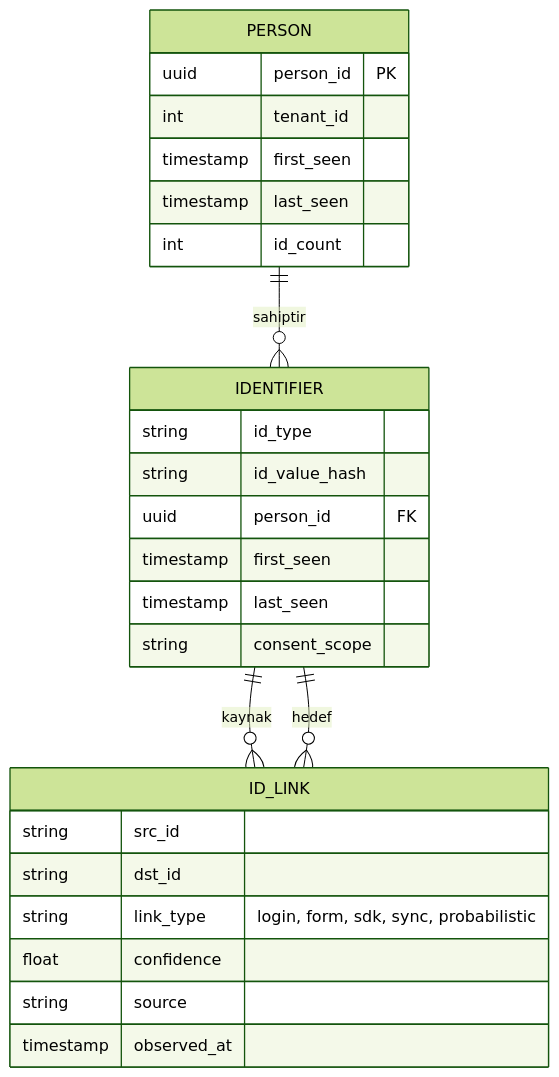
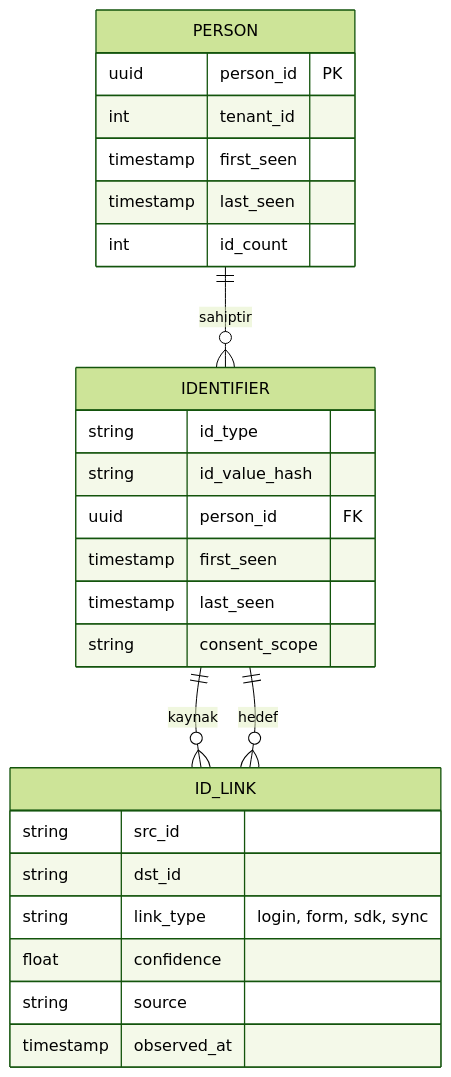
One commit to ugrs2/ugrs2 changed the second of 2 diagrams in docs/adtech-platform/03-dmp.md. Above: the diagram before and after it, drawn with Mermaid (forest theme). The commit also changed other lines of this file and 10 other files, not shown here.

````diff
--- a/docs/adtech-platform/03-dmp.md
+++ b/docs/adtech-platform/03-dmp.md
@@ -103,29 +104,29 @@
 ```mermaid
 erDiagram
     PERSON ||--o{ IDENTIFIER : "sahiptir"
     IDENTIFIER ||--o{ ID_LINK : "kaynak"
     IDENTIFIER ||--o{ ID_LINK : "hedef"
     PERSON {
         uuid person_id PK
         int tenant_id
         timestamp first_seen
         timestamp last_seen
         int id_count
     }
     IDENTIFIER {
         string id_type
         string id_value_hash
         uuid person_id FK
         timestamp first_seen
         timestamp last_seen
         string consent_scope
     }
     ID_LINK {
         string src_id
         string dst_id
-        string link_type "login, form, sdk, sync, probabilistic"
+        string link_type "login, form, sdk, sync"
         float confidence
         string source
         timestamp observed_at
     }
 ```
````
